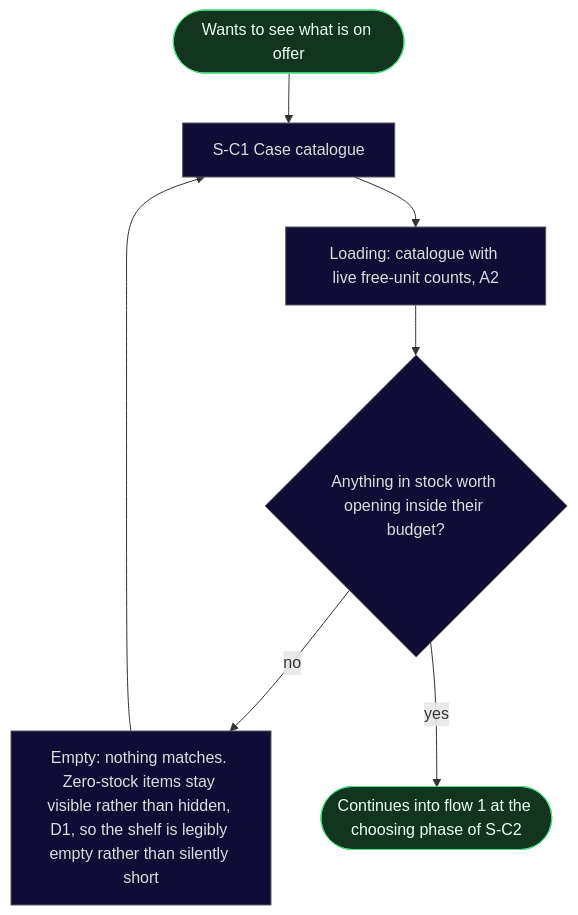
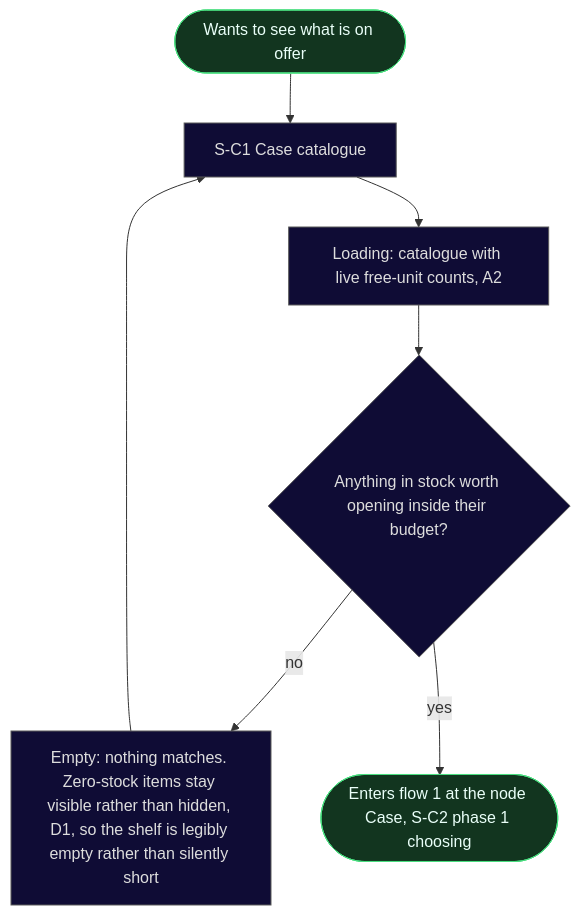
Before and after one commit to sergiodesign4u-dot/cs2-clutch: the second of 6 diagrams in ia/docs/flows.md, drawn with Mermaid. The commit also changed other lines of this file and 4 other files, not shown here.

````diff
--- a/ia/docs/flows.md
+++ b/ia/docs/flows.md
@@ -93,14 +94,14 @@
 ```mermaid
 flowchart TD
     K0(["Wants to see what is on offer"]) --> Cat["S-C1 Case catalogue"]
     Cat --> Load["Loading: catalogue with live free-unit counts, A2"]
     Load --> Any{"Anything in stock worth opening inside their budget?"}
     Any -->|no| Empty2["Empty: nothing matches. Zero-stock items stay visible rather than hidden, D1, so the shelf is legibly empty rather than silently short"]
     Empty2 --> Cat
-    Any -->|yes| Pick(["Continues into flow 1 at the choosing phase of S-C2"])
+    Any -->|yes| Pick(["Enters flow 1 at the node Case, S-C2 phase 1 choosing"])
 
     classDef success fill:#12351f,stroke:#4ade80,color:#eafff9;
     classDef neutral fill:#0f0c35,stroke:#5a5a5a,color:#dddddd;
     class K0,Pick success;
     class Cat,Load,Any,Empty2 neutral;
 ```
````
